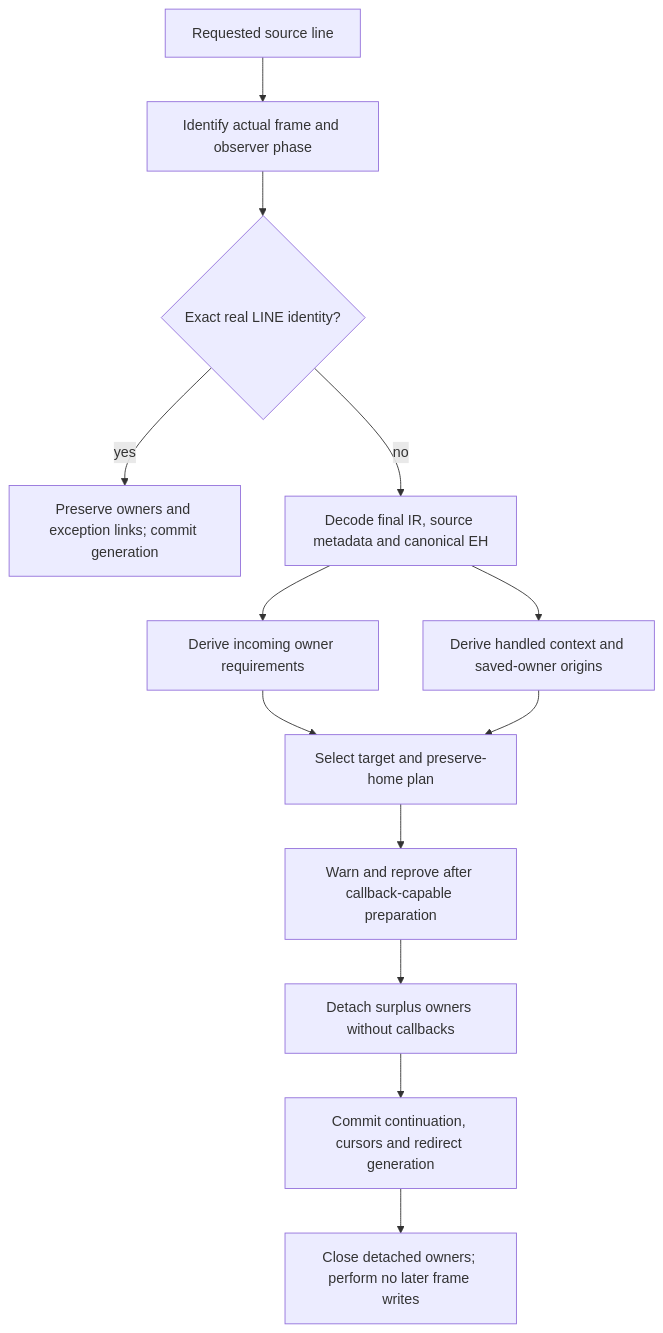
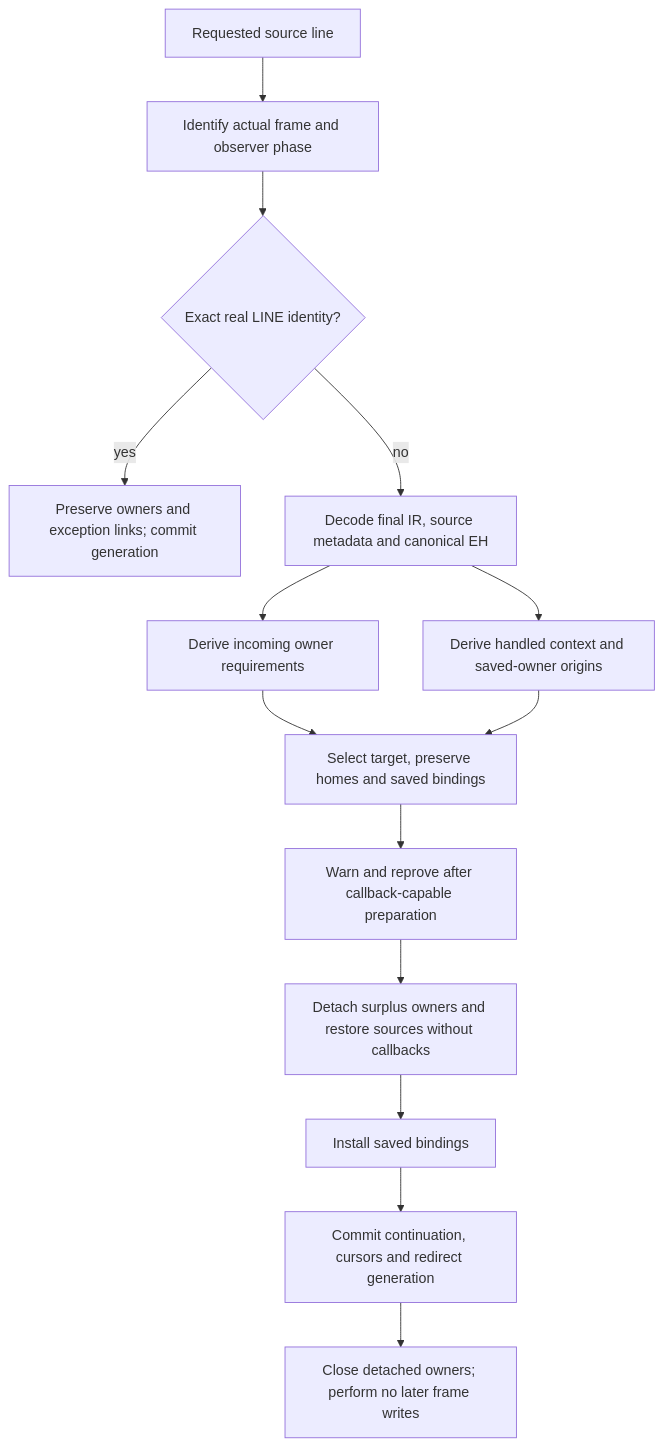
Before and after one commit to rjpower/cpython: the diagram in pyjit/design/debugger-frame-transfers.md, drawn with Mermaid. The commit also changed other lines of this file and 48 other files, not shown here.

````diff
--- a/pyjit/design/debugger-frame-transfers.md
+++ b/pyjit/design/debugger-frame-transfers.md
@@ -42,15 +41,16 @@
 ```mermaid
 flowchart TD
     request[Requested source line] --> phase[Identify actual frame and observer phase]
     phase --> identity{Exact real LINE identity?}
     identity -->|yes| keep[Preserve owners and exception links; commit generation]
     identity -->|no| analyze[Decode final IR, source metadata and canonical EH]
     analyze --> needs[Derive incoming owner requirements]
     analyze --> context[Derive handled context and saved-owner origins]
-    needs --> plan[Select target and preserve-home plan]
+    needs --> plan[Select target, preserve homes and saved bindings]
     context --> plan
     plan --> warning[Warn and reprove after callback-capable preparation]
-    warning --> detach[Detach surplus owners without callbacks]
-    detach --> commit[Commit continuation, cursors and redirect generation]
+    warning --> detach[Detach surplus owners and restore sources without callbacks]
+    detach --> restore[Install saved bindings]
+    restore --> commit[Commit continuation, cursors and redirect generation]
     commit --> retire[Close detached owners; perform no later frame writes]
 ```
````
